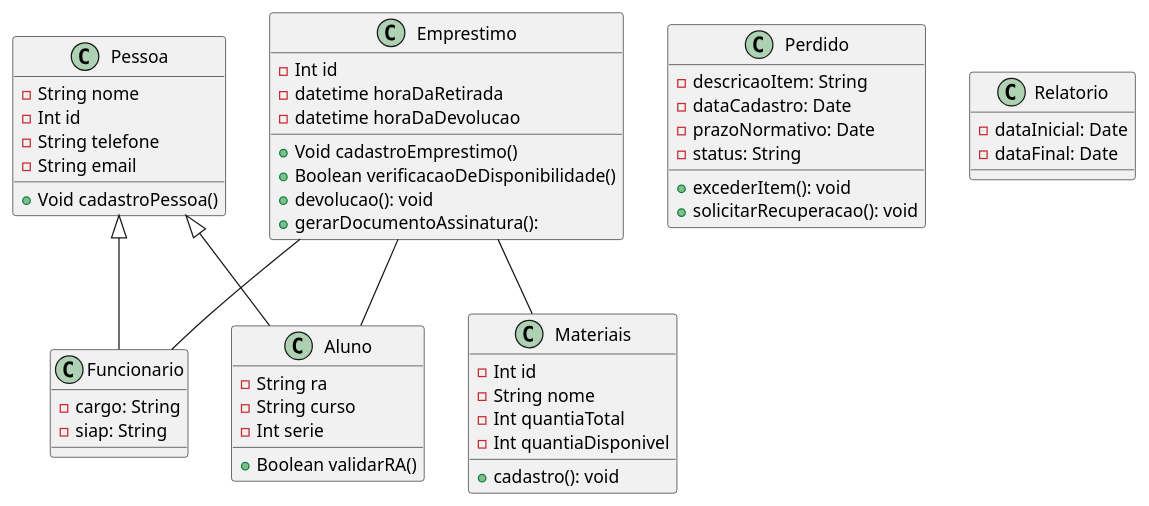
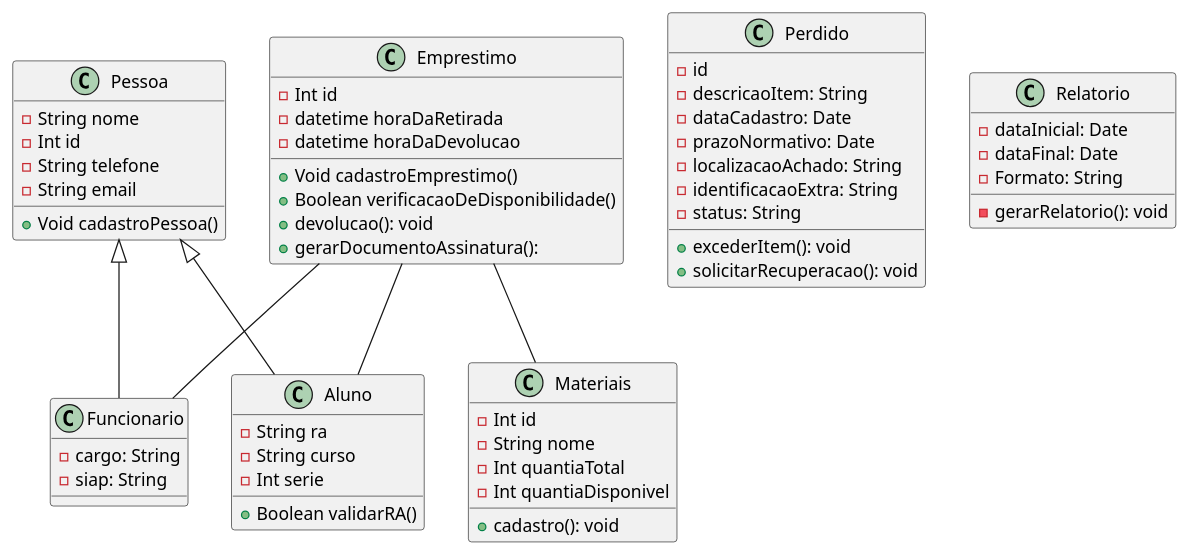
The diagram in diagramaDeClasse.puml (danielalvesmoura/APS-Compartilhado), drawn with PlantUML before and after one commit.

```diff
--- a/diagramaDeClasse.puml
+++ b/diagramaDeClasse.puml
@@ -1,67 +1,72 @@
 @startuml   
 
 class Pessoa { 
     -String nome
     -Int id
     -String telefone
     -String email
 
     +Void cadastroPessoa()
 }
  
 class Aluno {
     -String ra
     -String curso
     -Int serie
 
     +Boolean validarRA()
 }
 
 class Funcionario {
     -cargo: String
     -siap: String
 }
 
 class Materiais {
     -Int id
     -String nome
     -Int quantiaTotal
     -Int quantiaDisponivel
 
     +cadastro(): void
 }
 
 class Emprestimo{
     -Int id
     -datetime horaDaRetirada
     -datetime horaDaDevolucao
 
     +Void cadastroEmprestimo()
     +Boolean verificacaoDeDisponibilidade()
     +devolucao(): void
     +gerarDocumentoAssinatura(): 
 }
 
 class Perdido {
+    -id
     -descricaoItem: String
     -dataCadastro: Date
     -prazoNormativo: Date
+    -localizacaoAchado: String
+    -identificacaoExtra: String
     -status: String
     +excederItem(): void
     +solicitarRecuperacao(): void
 }
 
 class Relatorio {
     -dataInicial: Date
     -dataFinal: Date
+    -Formato: String
+    -gerarRelatorio(): void
 }
 
 
 Pessoa <|-- Aluno
 Pessoa <|-- Funcionario
 Emprestimo -- Materiais
 Emprestimo -- Aluno
 Emprestimo -- Funcionario
 
 
 @enduml
```
